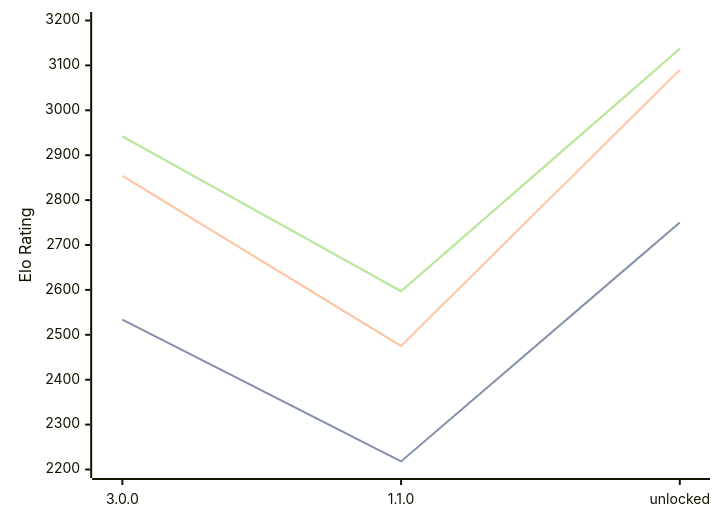
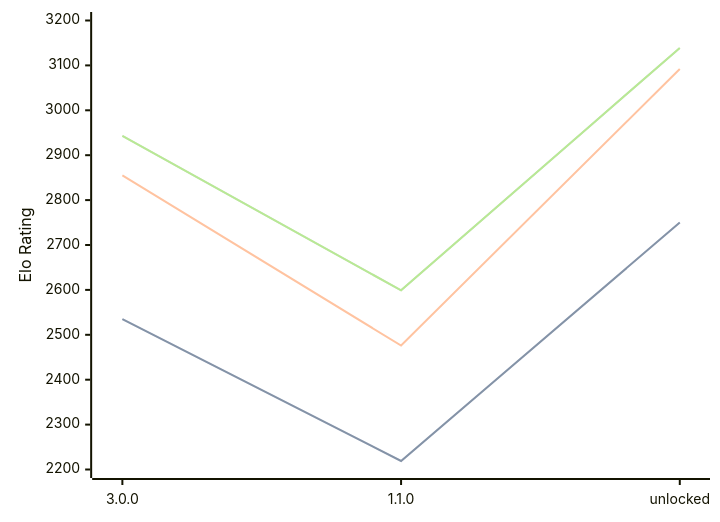
One commit to computer-chess-index/cci changed the diagram in engines/Potential.md. Above: the diagram before and after it, drawn with Mermaid. The commit also changed other lines of this file, not shown here.

Commit message:
Update CCI Ratings (ELO VLTC) - 2026-08-26

````diff
--- a/engines/Potential.md
+++ b/engines/Potential.md
@@ -33,11 +33,11 @@
 ```mermaid
 %%{init: {"theme":"base","themeVariables":{"seriesColors:['#a3a3a3','#222221','#faa371']}}}%%
 xychart-beta
   x-axis ["3.0.0", "1.1.0", "unlocked"]
   y-axis "Elo Rating" 2200 --> 3200
-  line "STC (8.0+0.08s)" [2534, 2218, 2750]
-  line "STC (8.0+0.08s)" [2534, 2218, 2750]
-  line "LTC (60.0+0.60s)" [2854, 2475, 3090]
-  line "VLTC (2m24s+1.12s)" [2942, 2597, 3137]
-  line "VLTC (2m24s+1.12s)" [2942, 2597, 3137]
+  line "STC (8.0+0.08s)" [2535, 2219, 2750]
+  line "STC (8.0+0.08s)" [2535, 2219, 2750]
+  line "LTC (60.0+0.60s)" [2855, 2476, 3092]
+  line "VLTC (2m24s+1.12s)" [2943, 2599, 3139]
+  line "VLTC (2m24s+1.12s)" [2943, 2599, 3139]
 ```
````
